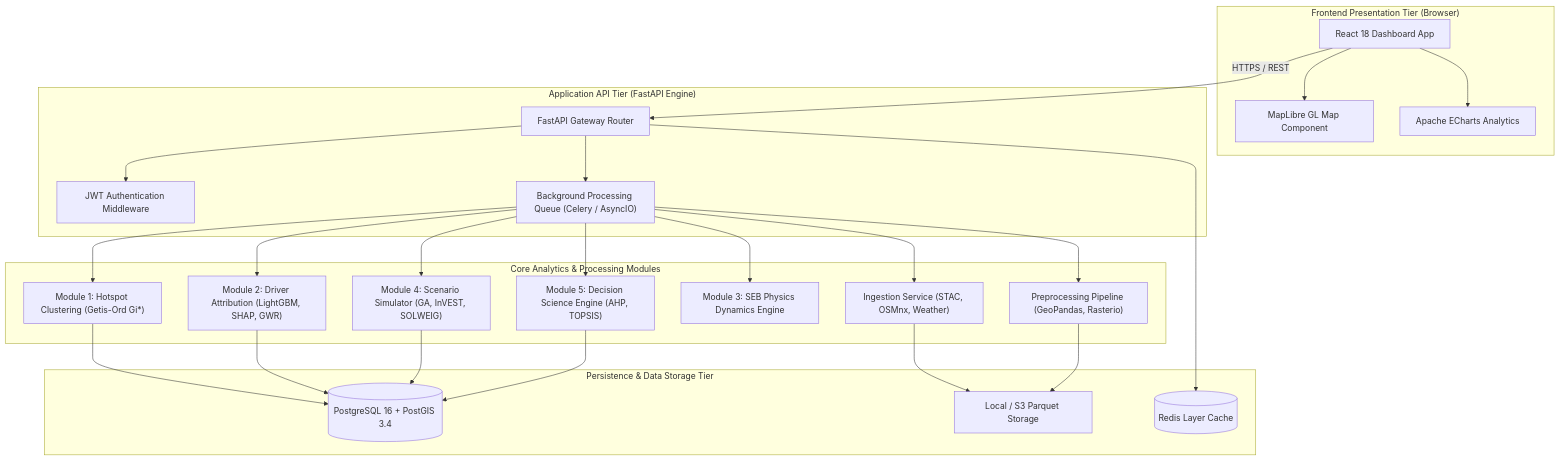
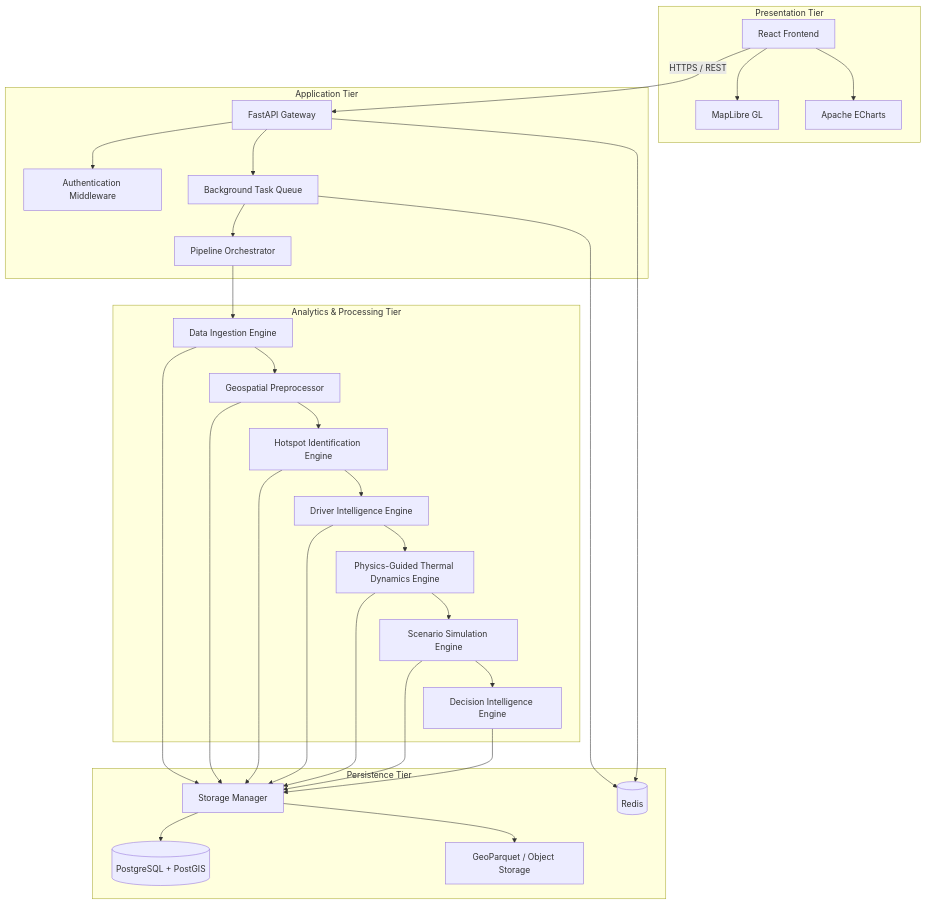
One commit to Joel-Masilamani/Boreas_Nexus changed the fifth of 8 diagrams in README.md. Above: the diagram before and after it, drawn with Mermaid. The commit also changed other lines of this file, not shown here.

First line of the commit message:
Revise diagrams in README for clarity and detail

````diff
--- a/README.md
+++ b/README.md
@@ -467,52 +621,87 @@
 ```mermaid
 graph TB
-    subgraph ClientTier["Frontend Presentation Tier (Browser)"]
-        ReactUI["React 18 Dashboard App"]
-        MapLibreComponent["MapLibre GL Map Component"]
-        EChartsComponent["Apache ECharts Analytics"]
+
+    %% ==========================================
+    %% BOREAS-NEXUS COMPONENT DIAGRAM
+    %% ==========================================
+
+    subgraph ClientTier["Presentation Tier"]
+        ReactUI["React Frontend"]
+        MapLibre["MapLibre GL"]
+        ECharts["Apache ECharts"]
     end
 
-    subgraph APITier["Application API Tier (FastAPI Engine)"]
-        APIRouter["FastAPI Gateway Router"]
-        AuthMiddleware["JWT Authentication Middleware"]
-        TaskQueue["Background Processing Queue (Celery / AsyncIO)"]
+    subgraph ApplicationTier["Application Tier"]
+        API["FastAPI Gateway"]
+        Auth["Authentication Middleware"]
+        Queue["Background Task Queue"]
+        Orchestrator["Pipeline Orchestrator"]
     end
 
-    subgraph AnalyticsTier["Core Analytics & Processing Modules"]
-        IngestService["Ingestion Service (STAC, OSMnx, Weather)"]
-        PreprocPipeline["Preprocessing Pipeline (GeoPandas, Rasterio)"]
-        Mod1Thermal["Module 1: Hotspot Clustering (Getis-Ord Gi*)"]
-        Mod2Drivers["Module 2: Driver Attribution (LightGBM, SHAP, GWR)"]
-        Mod3Physics["Module 3: SEB Physics Dynamics Engine"]
-        Mod4Simulator["Module 4: Scenario Simulator (GA, InVEST, SOLWEIG)"]
-        Mod5Decision["Module 5: Decision Science Engine (AHP, TOPSIS)"]
+    subgraph AnalyticsTier["Analytics & Processing Tier"]
+        Ingest["Data Ingestion Engine"]
+        Preproc["Geospatial Preprocessor"]
+        Hotspot["Hotspot Identification Engine"]
+        Driver["Driver Intelligence Engine"]
+        Physics["Physics-Guided Thermal Dynamics Engine"]
+        Simulator["Scenario Simulation Engine"]
+        Decision["Decision Intelligence Engine"]
     end
 
-    subgraph StorageTier["Persistence & Data Storage Tier"]
-        PostGISDB[("PostgreSQL 16 + PostGIS 3.4")]
-        ParquetStore["Local / S3 Parquet Storage"]
-        CacheStore[("Redis Layer Cache")]
+    subgraph StorageTier["Persistence Tier"]
+        Storage["Storage Manager"]
+        PostGIS[("PostgreSQL + PostGIS")]
+        Parquet["GeoParquet / Object Storage"]
+        Redis[("Redis")]
     end
 
-    ReactUI --> MapLibreComponent
-    ReactUI --> EChartsComponent
-    ReactUI -->|HTTPS / REST| APIRouter
-    APIRouter --> AuthMiddleware
-    APIRouter --> TaskQueue
-    
-    TaskQueue --> IngestService
-    TaskQueue --> PreprocPipeline
-    TaskQueue --> Mod1Thermal
-    TaskQueue --> Mod2Drivers
-    TaskQueue --> Mod3Physics
-    TaskQueue --> Mod4Simulator
-    TaskQueue --> Mod5Decision
+    %% ==========================================
+    %% PRESENTATION
+    %% ==========================================
 
-    IngestService --> ParquetStore
-    PreprocPipeline --> ParquetStore
-    Mod1Thermal --> PostGISDB
-    Mod2Drivers --> PostGISDB
-    Mod4Simulator --> PostGISDB
-    Mod5Decision --> PostGISDB
-    APIRouter --> CacheStore
+    ReactUI --> MapLibre
+    ReactUI --> ECharts
+    ReactUI -->|HTTPS / REST| API
+
+    %% ==========================================
+    %% APPLICATION
+    %% ==========================================
+
+    API --> Auth
+    API --> Queue
+    Queue --> Orchestrator
+
+    %% ==========================================
+    %% ANALYTICS PIPELINE
+    %% ==========================================
+
+    Orchestrator --> Ingest
+    Ingest --> Preproc
+    Preproc --> Hotspot
+    Hotspot --> Driver
+    Driver --> Physics
+    Physics --> Simulator
+    Simulator --> Decision
+
+    %% ==========================================
+    %% PERSISTENCE
+    %% ==========================================
+
+    Ingest --> Storage
+    Preproc --> Storage
+    Hotspot --> Storage
+    Driver --> Storage
+    Physics --> Storage
+    Simulator --> Storage
+    Decision --> Storage
+
+    Storage --> PostGIS
+    Storage --> Parquet
+
+    %% ==========================================
+    %% CACHE / TASK INFRASTRUCTURE
+    %% ==========================================
+
+    Queue --> Redis
+    API --> Redis
 ```
````
